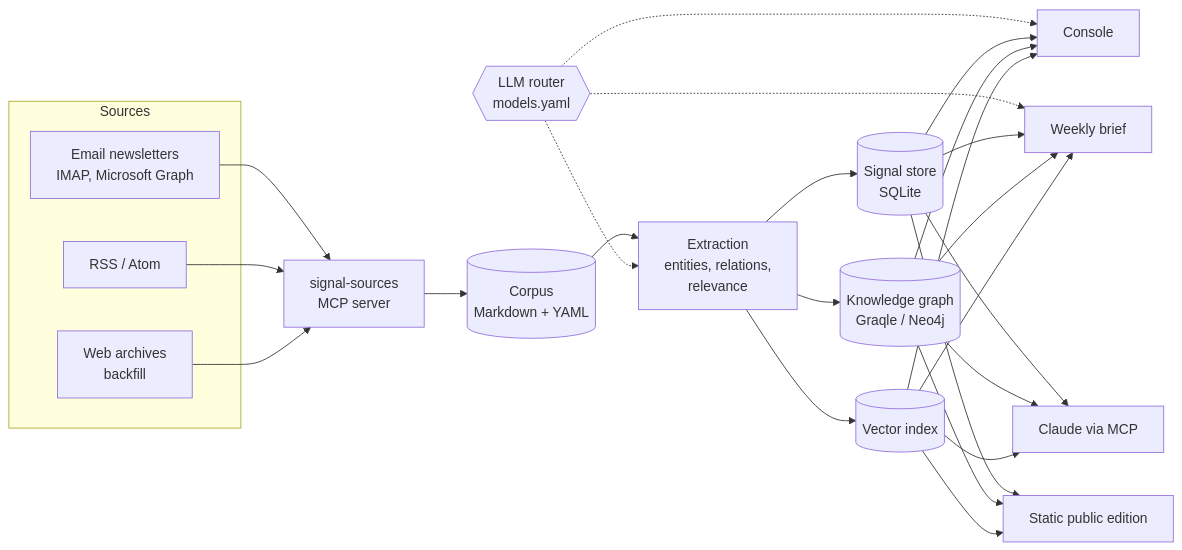
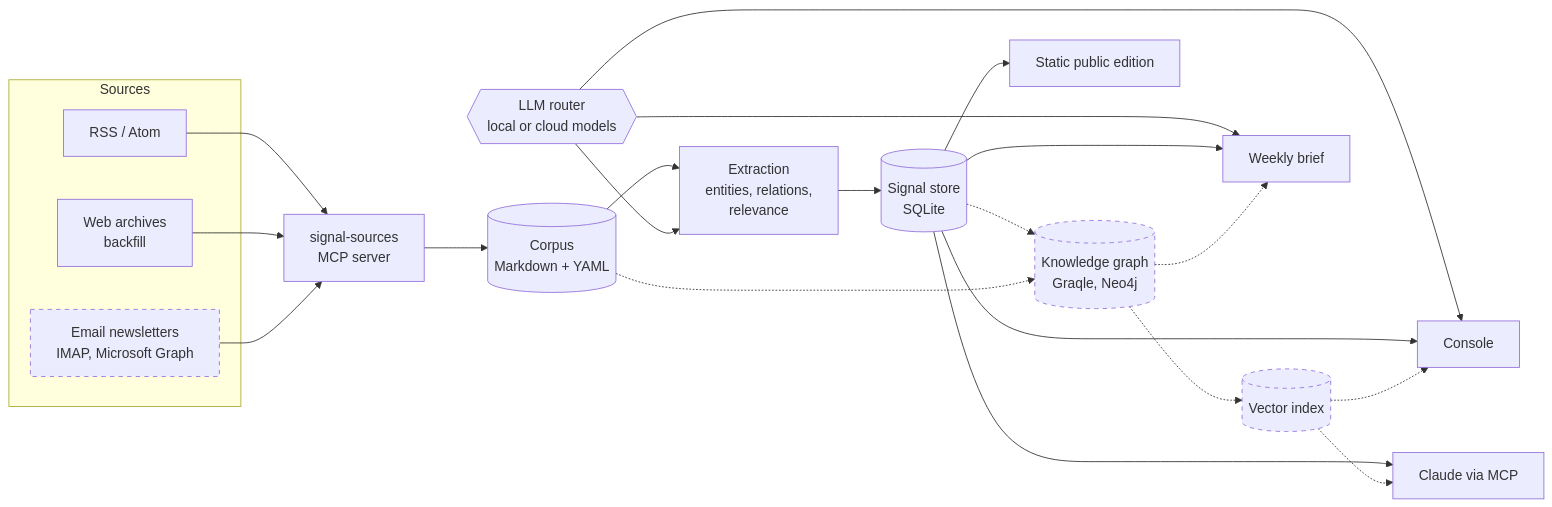
The diagram in README.md (jpshetty-ai/signal-radar-community), drawn with Mermaid before and after one commit. The commit also changed other lines of this file and 10 other files, not shown here.

First line of the commit message:
Docs show core vs optional tiers; models are a local or cloud choice per role

````diff
--- a/README.md
+++ b/README.md
@@ -31,23 +33,26 @@
 ```mermaid
 flowchart LR
+  classDef opt stroke-dasharray: 5 5
   subgraph S[Sources]
-    E[Email newsletters<br/>IMAP, Microsoft Graph]
     R[RSS / Atom]
     A[Web archives<br/>backfill]
+    E[Email newsletters<br/>IMAP, Microsoft Graph]:::opt
   end
   M[signal-sources<br/>MCP server]
   C[(Corpus<br/>Markdown + YAML)]
   X[Extraction<br/>entities, relations,<br/>relevance]
   SS[(Signal store<br/>SQLite)]
-  G[(Knowledge graph<br/>Graqle / Neo4j)]
-  V[(Vector index)]
-  L{{LLM router<br/>models.yaml}}
+  L{{LLM router<br/>local or cloud models}}
+  G[(Knowledge graph<br/>Graqle, Neo4j)]:::opt
+  V[(Vector index)]:::opt
   O1[Console]
   O2[Weekly brief]
   O3[Claude via MCP]
   O4[Static public edition]
-  E & R & A --> M --> C --> X --> SS & G & V
-  L -.-> X
-  L -.-> O1 & O2
-  SS & G & V --> O1 & O2 & O3 & O4
+  R & A & E --> M --> C --> X --> SS
+  L --> X & O1 & O2
+  SS --> O1 & O2 & O3 & O4
+  SS & C -.-> G -.-> V
+  G -.-> O2
+  V -.-> O1 & O3
 ```
````
